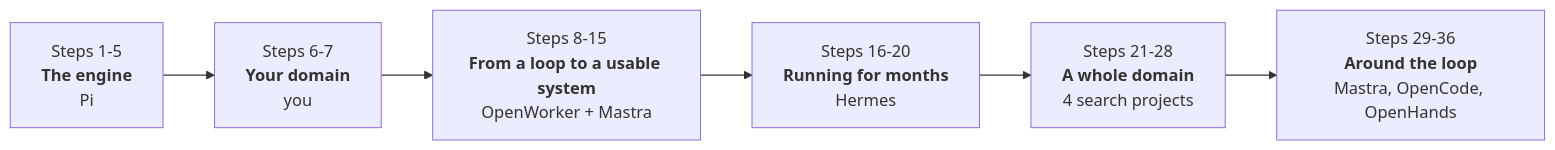
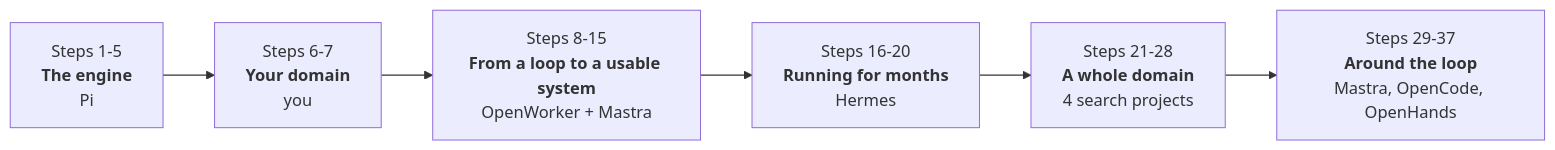
One commit to whereissam/learn-agent-engineering-from-production changed the second of 2 diagrams in README.md. Above: the diagram before and after it, drawn with Mermaid. The commit also changed other lines of this file and 12 other files, not shown here.

````diff
--- a/README.md
+++ b/README.md
@@ -89,8 +89,8 @@
 ```mermaid
 flowchart LR
     P1["Steps 1-5<br/><b>The engine</b><br/>Pi"] --> P2["Steps 6-7<br/><b>Your domain</b><br/>you"]
     P2 --> P3["Steps 8-15<br/><b>From a loop to a usable system</b><br/>OpenWorker + Mastra"]
     P3 --> P4["Steps 16-20<br/><b>Running for months</b><br/>Hermes"]
     P4 --> P5["Steps 21-28<br/><b>A whole domain</b><br/>4 search projects"]
-    P5 --> P6["Steps 29-36<br/><b>Around the loop</b><br/>Mastra, OpenCode, OpenHands"]
+    P5 --> P6["Steps 29-37<br/><b>Around the loop</b><br/>Mastra, OpenCode, OpenHands"]
 ```
````
